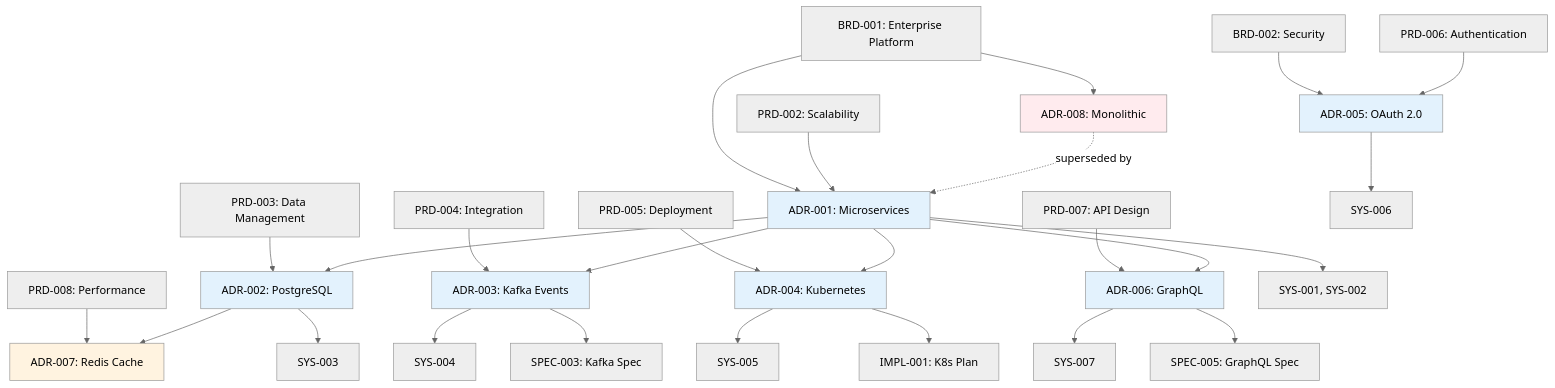
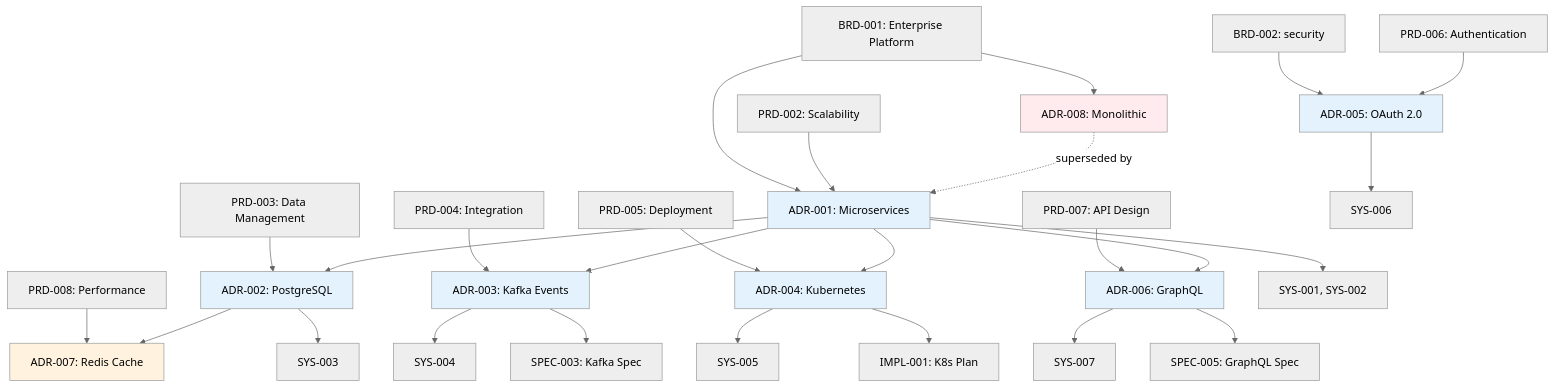
Before and after one commit to vladm3105/aidoc-flow-framework: the diagram in ai_dev_flow/ADR/examples/TRACEABILITY_MATRIX_ADR_EXAMPLE.md, drawn with Mermaid (neutral theme). The commit also changed other lines of this file and 131 other files, not shown here.

````diff
--- a/ai_dev_flow/ADR/examples/TRACEABILITY_MATRIX_ADR_EXAMPLE.md
+++ b/ai_dev_flow/ADR/examples/TRACEABILITY_MATRIX_ADR_EXAMPLE.md
@@ -171,42 +171,42 @@
 ```mermaid
 graph TD
     BRD001[BRD-001: Enterprise Platform] --> ADR001[ADR-001: Microservices]
     BRD001 --> ADR008[ADR-008: Monolithic]
-    BRD002[BRD-002: Security] --> ADR005[ADR-005: OAuth 2.0]
+    BRD002[BRD-002: security] --> ADR005[ADR-005: OAuth 2.0]
 
     PRD002[PRD-002: Scalability] --> ADR001
     PRD003[PRD-003: Data Management] --> ADR002[ADR-002: PostgreSQL]
     PRD004[PRD-004: Integration] --> ADR003[ADR-003: Kafka Events]
     PRD005[PRD-005: Deployment] --> ADR004[ADR-004: Kubernetes]
     PRD006[PRD-006: Authentication] --> ADR005
     PRD007[PRD-007: API Design] --> ADR006[ADR-006: GraphQL]
     PRD008[PRD-008: Performance] --> ADR007[ADR-007: Redis Cache]
 
     ADR001 --> ADR002
     ADR001 --> ADR003
     ADR001 --> ADR004
     ADR001 --> ADR006
     ADR002 --> ADR007
 
     ADR008 -.superseded by.-> ADR001
 
     ADR001 --> SYS001[SYS-001, SYS-002]
     ADR002 --> SYS003[SYS-003]
     ADR003 --> SYS004[SYS-004]
     ADR004 --> SYS005[SYS-005]
     ADR005 --> SYS006[SYS-006]
     ADR006 --> SYS007[SYS-007]
 
     ADR003 --> SPEC003[SPEC-003: Kafka Spec]
     ADR006 --> SPEC005[SPEC-005: GraphQL Spec]
     ADR004 --> IMPL001[IMPL-001: K8s Plan]
 
     style ADR001 fill:#e3f2fd
     style ADR002 fill:#e3f2fd
     style ADR003 fill:#e3f2fd
     style ADR004 fill:#e3f2fd
     style ADR005 fill:#e3f2fd
     style ADR006 fill:#e3f2fd
     style ADR007 fill:#fff3e0
     style ADR008 fill:#ffebee
 ```
````
